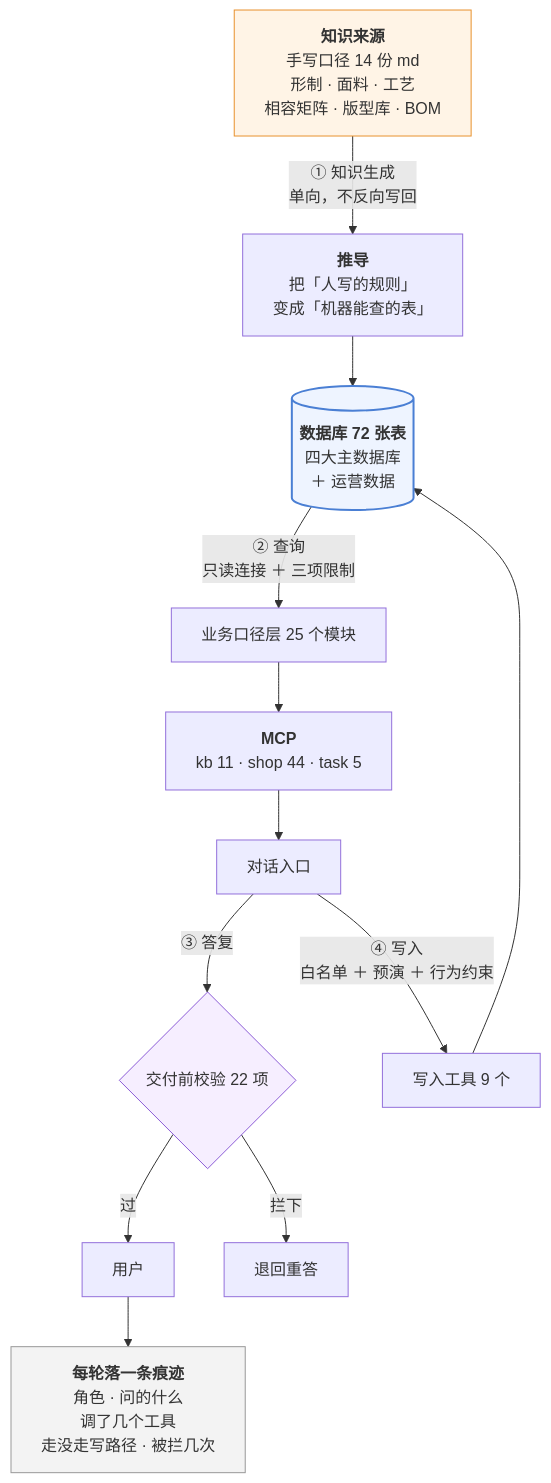
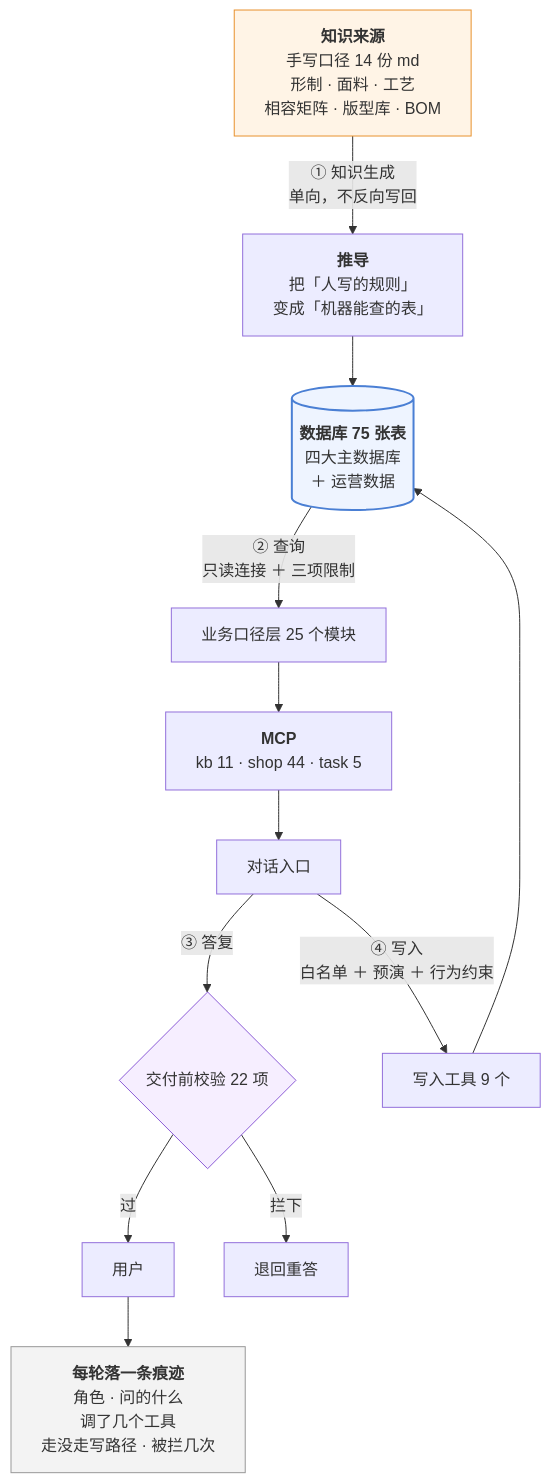
One commit to 843773296-rgb/lanxiu-yunshang-agent changed the third of 4 diagrams in 澜绣云裳agent-产品需求文档.md. Above: the diagram before and after it, drawn with Mermaid. The commit also changed other lines of this file and 8 other files, not shown here.

````diff
--- a/澜绣云裳agent-产品需求文档.md
+++ b/澜绣云裳agent-产品需求文档.md
@@ -375,24 +375,24 @@
 ```mermaid
 flowchart TD
     MD["<b>知识来源</b><br/>手写口径 14 份 md<br/>形制 · 面料 · 工艺<br/>相容矩阵 · 版型库 · BOM"]
     MD -->|"① 知识生成<br/>单向，不反向写回"| DV["<b>推导</b><br/>把「人写的规则」<br/>变成「机器能查的表」"]
-    DV --> DB[("<b>数据库 72 张表</b><br/>四大主数据库<br/>＋ 运营数据")]
+    DV --> DB[("<b>数据库 75 张表</b><br/>四大主数据库<br/>＋ 运营数据")]
 
     DB -->|"② 查询<br/>只读连接 ＋ 三项限制"| KJ["业务口径层 25 个模块"]
     KJ --> MCP["<b>MCP</b><br/>kb 11 · shop 44 · task 5"]
     MCP --> LLM["对话入口"]
 
     LLM -->|"③ 答复"| GD{"交付前校验 22 项"}
     GD -- 过 --> U["用户"]
     GD -- 拦下 --> RE["退回重答"]
 
     LLM -->|"④ 写入<br/>白名单 ＋ 预演 ＋ 行为约束"| W["写入工具 9 个"]
     W --> DB
 
     U --> TR["<b>每轮落一条痕迹</b><br/>角色 · 问的什么<br/>调了几个工具<br/>走没走写路径 · 被拦几次"]
 
     style MD fill:#fff4e6,stroke:#e8912d
     style DB fill:#eef4ff,stroke:#4a7fd4,stroke-width:2px
     style GD fill:#f6eeff,stroke:#8b5cd6
     style TR fill:#f3f3f3,stroke:#999
 ```
````
